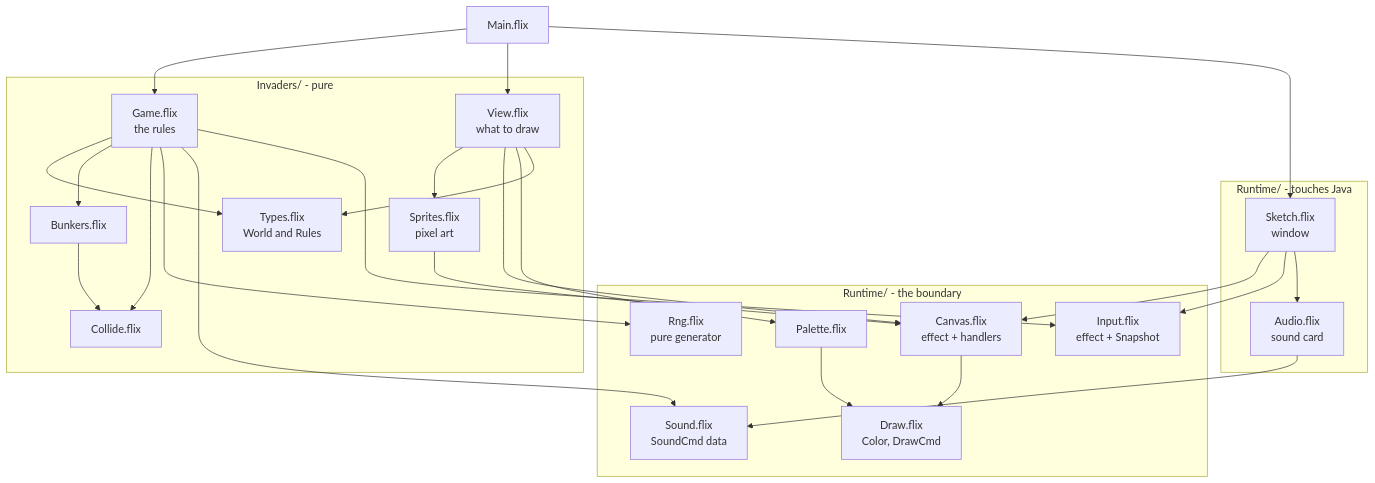
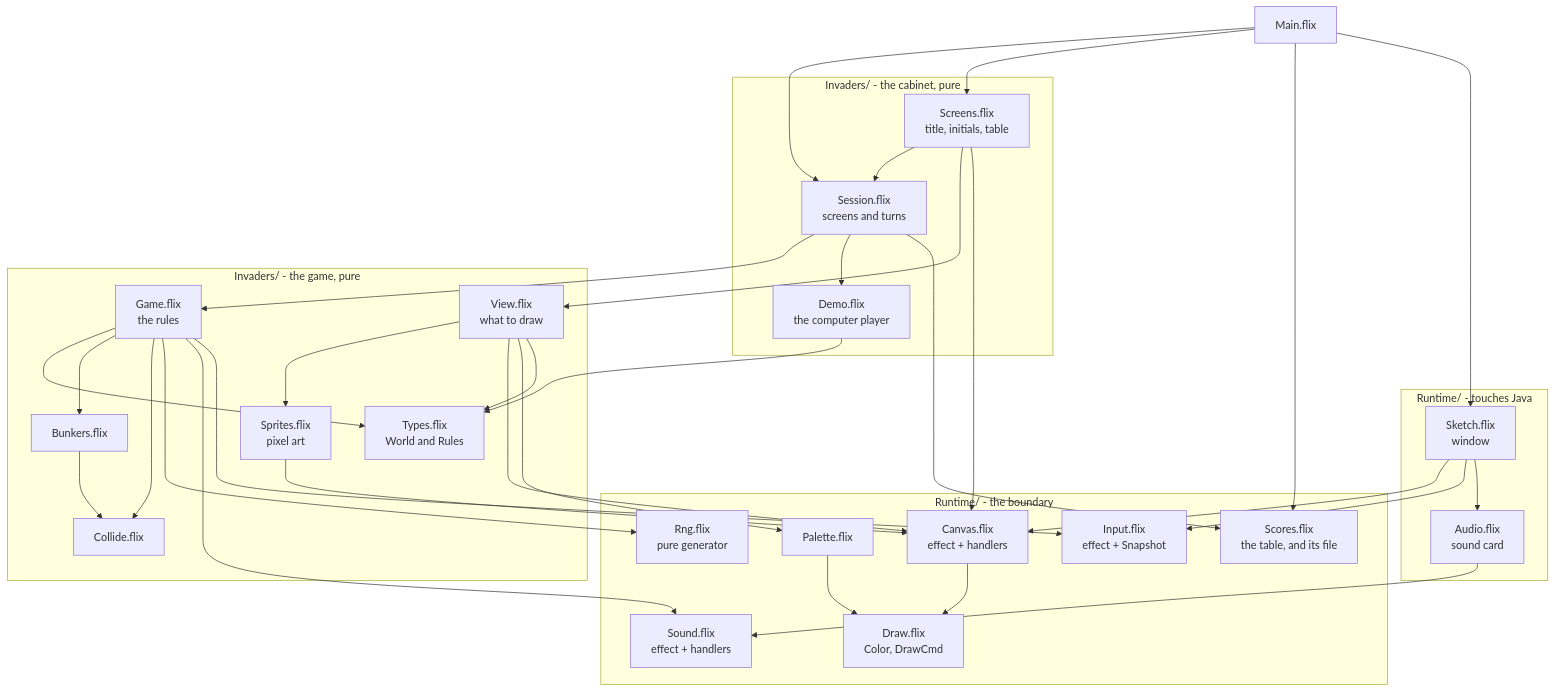
One commit to wstein/flix-invaders changed the first of 6 diagrams in docs/ARCHITECTURE.md. Above: the diagram before and after it, drawn with Mermaid. The commit also changed other lines of this file and 9 other files, not shown here.

````diff
--- a/docs/ARCHITECTURE.md
+++ b/docs/ARCHITECTURE.md
@@ -16,53 +16,69 @@
 ```mermaid
 flowchart TD
     Main[Main.flix]
 
-    subgraph invaders["Invaders/ - pure"]
+    subgraph cabinet["Invaders/ - the cabinet, pure"]
+        Session[Session.flix<br>screens and turns]
+        Screens[Screens.flix<br>title, initials, table]
+        Demo[Demo.flix<br>the computer player]
+    end
+
+    subgraph invaders["Invaders/ - the game, pure"]
         Game[Game.flix<br>the rules]
         View[View.flix<br>what to draw]
         Types[Types.flix<br>World and Rules]
         Bunkers[Bunkers.flix]
         Collide[Collide.flix]
         Sprites[Sprites.flix<br>pixel art]
     end
 
     subgraph runtime["Runtime/ - the boundary"]
         Canvas[Canvas.flix<br>effect + handlers]
         Input[Input.flix<br>effect + Snapshot]
-        Sound[Sound.flix<br>SoundCmd data]
+        Sound[Sound.flix<br>effect + handlers]
+        Scores[Scores.flix<br>the table, and its file]
         Draw["Draw.flix<br>Color, DrawCmd"]
         Palette[Palette.flix]
         Rng[Rng.flix<br>pure generator]
     end
 
     subgraph edge["Runtime/ - touches Java"]
         Sketch[Sketch.flix<br>window]
         Audio[Audio.flix<br>sound card]
     end
 
-    Main --> Game
-    Main --> View
+    Main --> Session
+    Main --> Screens
+    Main --> Scores
     Main --> Sketch
+
+    Session --> Game
+    Session --> Demo
+    Session --> Scores
+    Screens --> Session
+    Screens --> View
+    Screens --> Canvas
+    Demo --> Types
 
     Game --> Types
     Game --> Bunkers
     Game --> Collide
     Game --> Rng
     Game --> Sound
     Game --> Input
 
     View --> Sprites
     View --> Canvas
     View --> Palette
     View --> Types
 
     Bunkers --> Collide
     Sprites --> Canvas
     Canvas --> Draw
     Palette --> Draw
 
     Sketch --> Canvas
     Sketch --> Input
     Sketch --> Audio
     Audio --> Sound
 ```
````
